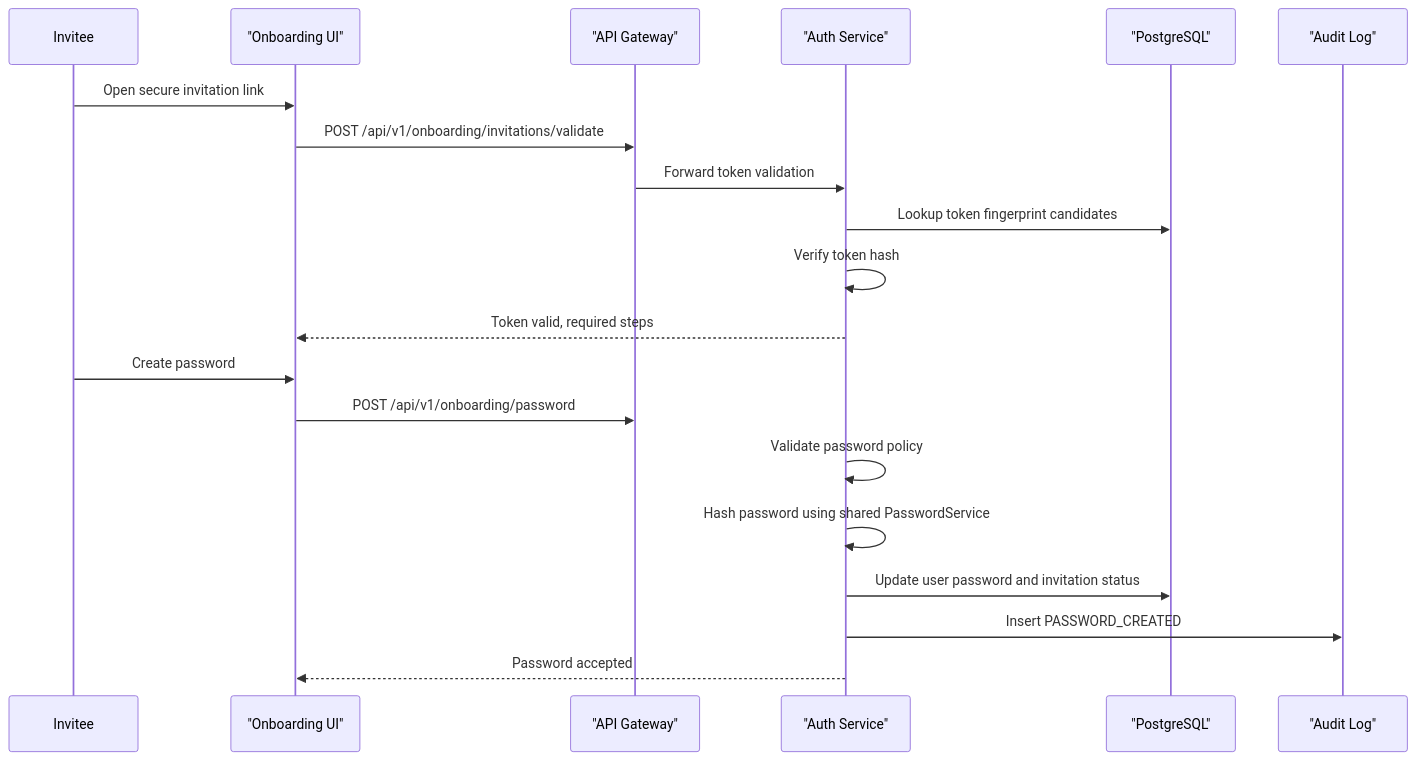
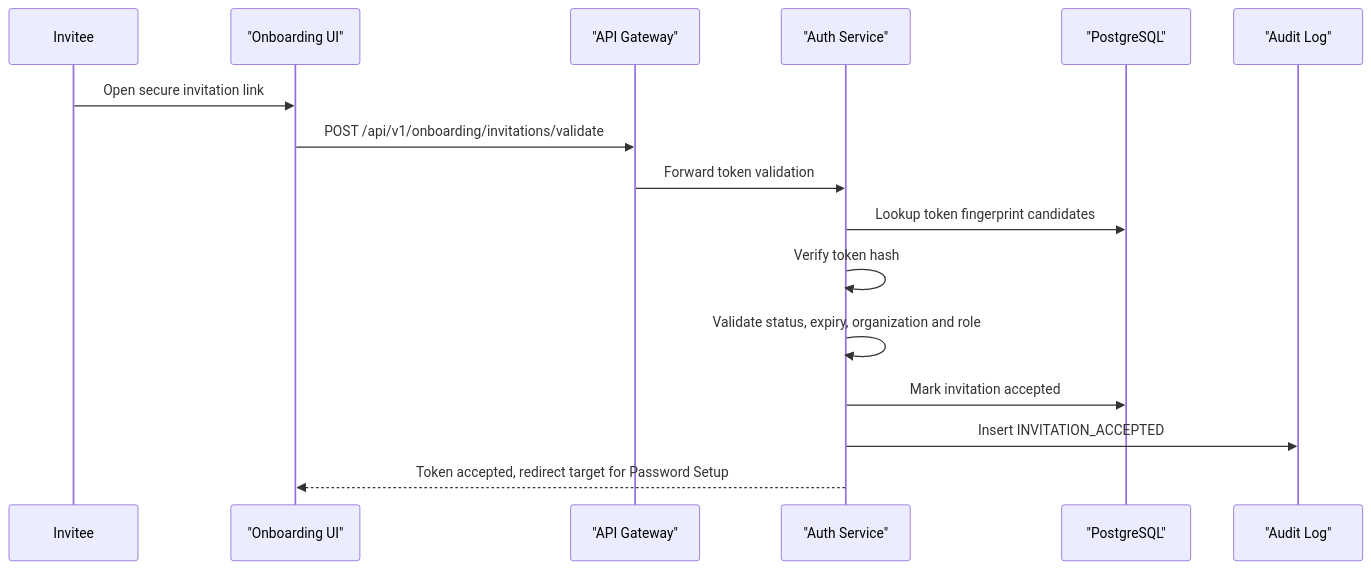
One commit to zestivalife/consultants-dashboards changed the second of 4 diagrams in docs/milestones/milestone-2-identity-onboarding/SEQUENCE_DIAGRAMS.md. Above: the diagram before and after it, drawn with Mermaid. The commit also changed other lines of this file and 10 other files, not shown here.

````diff
--- a/docs/milestones/milestone-2-identity-onboarding/SEQUENCE_DIAGRAMS.md
+++ b/docs/milestones/milestone-2-identity-onboarding/SEQUENCE_DIAGRAMS.md
@@ -36,23 +36,19 @@
 ```mermaid
 sequenceDiagram
     participant Invitee
     participant UI as "Onboarding UI"
     participant Gateway as "API Gateway"
     participant Auth as "Auth Service"
     participant DB as "PostgreSQL"
     participant Audit as "Audit Log"
 
     Invitee->>UI: Open secure invitation link
     UI->>Gateway: POST /api/v1/onboarding/invitations/validate
     Gateway->>Auth: Forward token validation
     Auth->>DB: Lookup token fingerprint candidates
     Auth->>Auth: Verify token hash
-    Auth-->>UI: Token valid, required steps
-    Invitee->>UI: Create password
-    UI->>Gateway: POST /api/v1/onboarding/password
-    Auth->>Auth: Validate password policy
-    Auth->>Auth: Hash password using shared PasswordService
-    Auth->>DB: Update user password and invitation status
-    Auth->>Audit: Insert PASSWORD_CREATED
-    Auth-->>UI: Password accepted
+    Auth->>Auth: Validate status, expiry, organization and role
+    Auth->>DB: Mark invitation accepted
+    Auth->>Audit: Insert INVITATION_ACCEPTED
+    Auth-->>UI: Token accepted, redirect target for Password Setup
 ```
````
